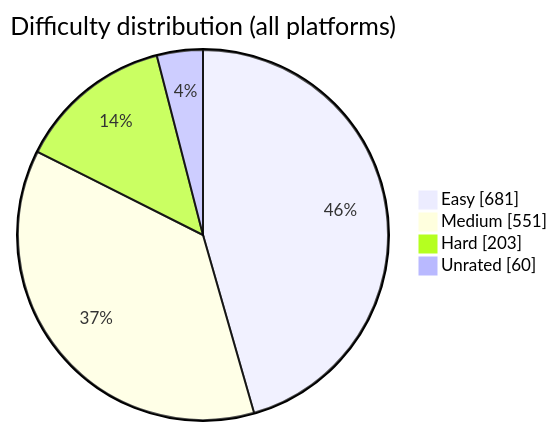
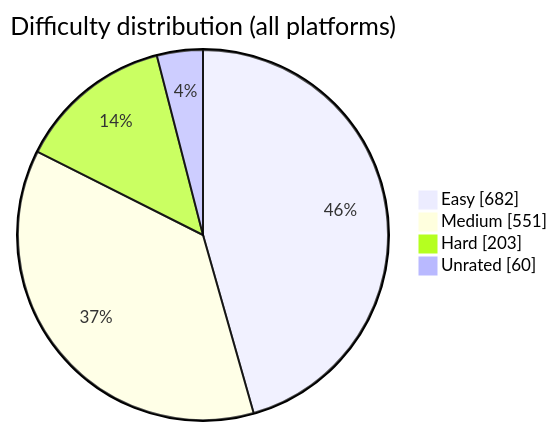
Before and after one commit to BuildbyArindam/Daily-Coding-Log: the diagram in README.md, drawn with Mermaid. The commit also changed other lines of this file, not shown here.

````diff
--- a/README.md
+++ b/README.md
@@ -93,7 +93,7 @@
 ```mermaid
 pie showData title Difficulty distribution (all platforms)
-    "Easy" : 681
+    "Easy" : 682
     "Medium" : 551
     "Hard" : 203
     "Unrated" : 60
 ```
````
